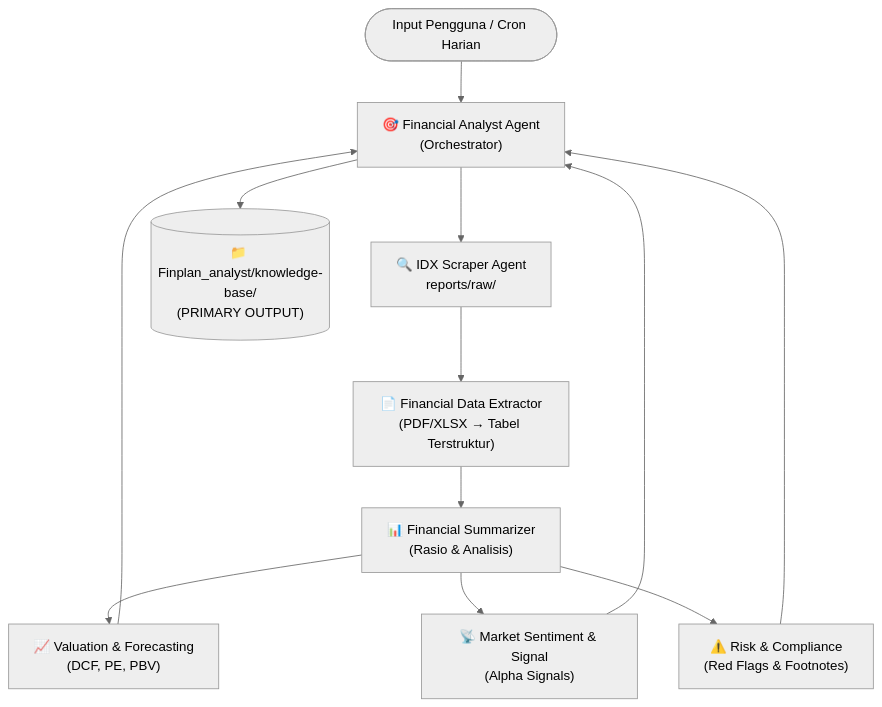
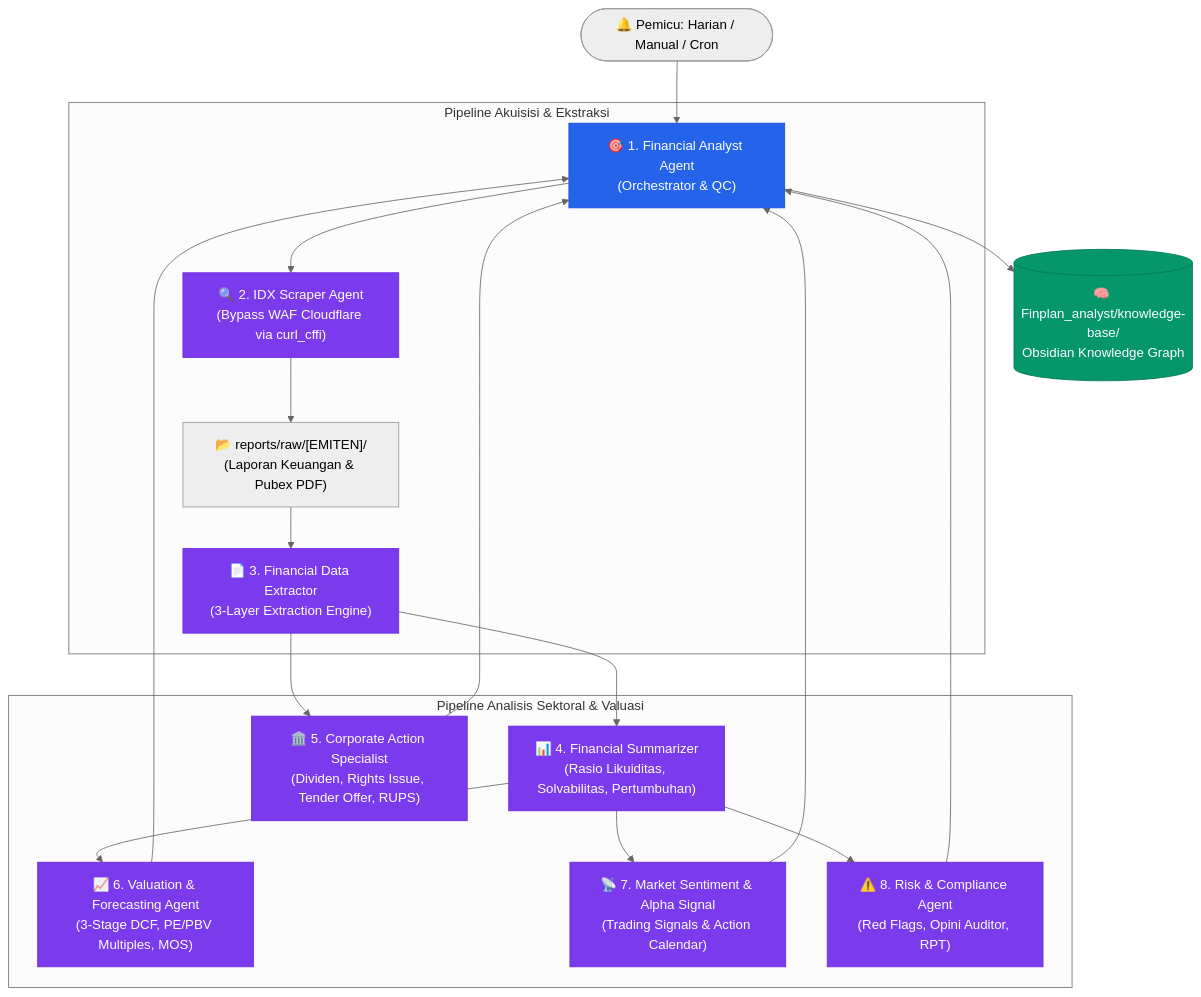
One commit to anYoneo/alphadigest-idx changed the diagram in README.md. Above: the diagram before and after it, drawn with Mermaid (neutral theme). The commit also changed other lines of this file and 2 other files, not shown here.

Commit message:
docs: overhaul README with AlphaDigest branding, add MIT LICENSE and requirements.txt

````diff
--- a/README.md
+++ b/README.md
@@ -9,12 +40,28 @@
 ```mermaid
 graph TD
-    User([Input Pengguna / Cron Harian]) --> Orchestrator["🎯 Financial Analyst Agent\n(Orchestrator)"]
-    Orchestrator --> Scraper["🔍 IDX Scraper Agent\nreports/raw/"]
-    Scraper --> Extractor["📄 Financial Data Extractor\n(PDF/XLSX → Tabel Terstruktur)"]
-    Extractor --> Summarizer["📊 Financial Summarizer\n(Rasio & Analisis)"]
-    Summarizer --> Valuation["📈 Valuation & Forecasting\n(DCF, PE, PBV)"]
-    Summarizer --> Sentiment["📡 Market Sentiment & Signal\n(Alpha Signals)"]
-    Summarizer --> Risk["⚠️ Risk & Compliance\n(Red Flags & Footnotes)"]
-    Valuation & Sentiment & Risk --> Orchestrator
-    Orchestrator --> Output[("📁 Finplan_analyst/knowledge-base/\n(PRIMARY OUTPUT)")]
+    User([🔔 Pemicu: Harian / Manual / Cron]) --> Orchestrator["🎯 1. Financial Analyst Agent\n(Orchestrator & QC)"]
+    
+    subgraph Pipeline Akuisisi & Ekstraksi
+        Orchestrator --> Scraper["🔍 2. IDX Scraper Agent\n(Bypass WAF Cloudflare via curl_cffi)"]
+        Scraper --> RawPDF["📂 reports/raw/[EMITEN]/\n(Laporan Keuangan & Pubex PDF)"]
+        RawPDF --> Extractor["📄 3. Financial Data Extractor\n(3-Layer Extraction Engine)"]
+    end
+    
+    subgraph Pipeline Analisis Sektoral & Valuasi
+        Extractor --> Summarizer["📊 4. Financial Summarizer\n(Rasio Likuiditas, Solvabilitas, Pertumbuhan)"]
+        Extractor --> CorpAction["🏛️ 5. Corporate Action Specialist\n(Dividen, Rights Issue, Tender Offer, RUPS)"]
+        Summarizer --> Valuation["📈 6. Valuation & Forecasting Agent\n(3-Stage DCF, PE/PBV Multiples, MOS)"]
+        Summarizer --> Sentiment["📡 7. Market Sentiment & Alpha Signal\n(Trading Signals & Action Calendar)"]
+        Summarizer --> Risk["⚠️ 8. Risk & Compliance Agent\n(Red Flags, Opini Auditor, RPT)"]
+    end
+    
+    Valuation & Sentiment & Risk & CorpAction --> Orchestrator
+    Orchestrator --> FinalVault[("🧠 Finplan_analyst/knowledge-base/\nObsidian Knowledge Graph")]
+
+    classDef primary fill:#2563EB,stroke:#1D4ED8,color:#fff;
+    classDef specialist fill:#7C3AED,stroke:#6D28D9,color:#fff;
+    classDef storage fill:#059669,stroke:#047857,color:#fff;
+    class Orchestrator primary;
+    class Scraper,Extractor,Summarizer,CorpAction,Valuation,Sentiment,Risk specialist;
+    class FinalVault storage;
 ```
````
